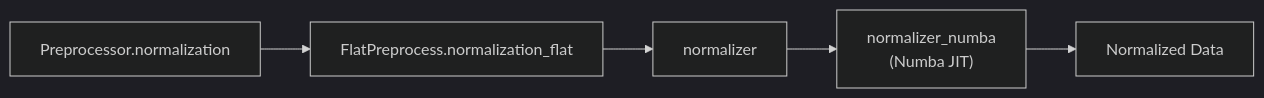
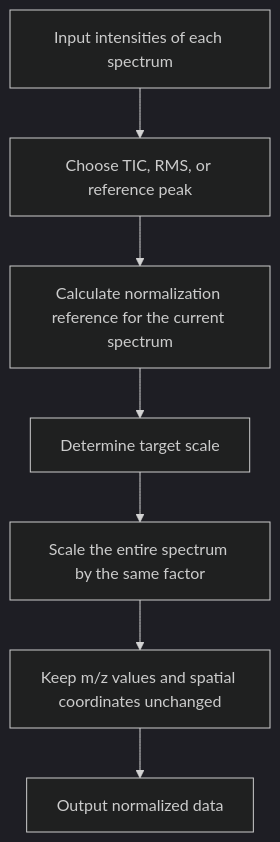
Before and after one commit to NeoNexusX/MassFlow: the diagram in docs/en/normalization.md, drawn with Mermaid (dark theme). The commit also changed other lines of this file and 20 other files, not shown here.

````diff
--- a/docs/en/normalization.md
+++ b/docs/en/normalization.md
@@ -20,7 +95,9 @@
 ```mermaid
-graph LR
-  A["Preprocessor.normalization"] --> B["FlatPreprocess.normalization_flat"]
-  B --> C["normalizer"]
-  C --> D["normalizer_numba<br/>(Numba JIT)"]
-  D --> E["Normalized Data"]
+graph TD
+  A["Input intensities of each spectrum"] --> B["Choose TIC, RMS, or reference peak"]
+  B --> C["Calculate normalization reference for the current spectrum"]
+  C --> D["Determine target scale"]
+  D --> E["Scale the entire spectrum by the same factor"]
+  E --> F["Keep m/z values and spatial coordinates unchanged"]
+  F --> G["Output normalized data"]
 ```
````
